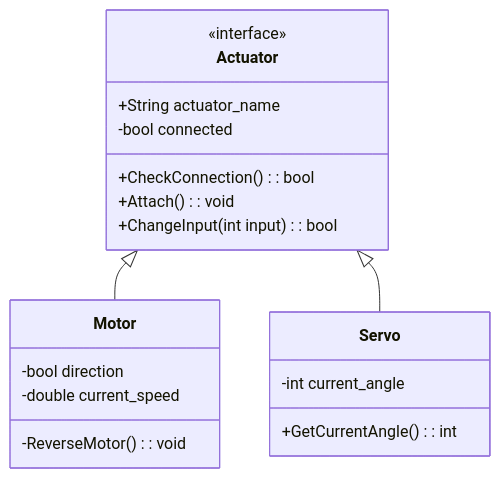
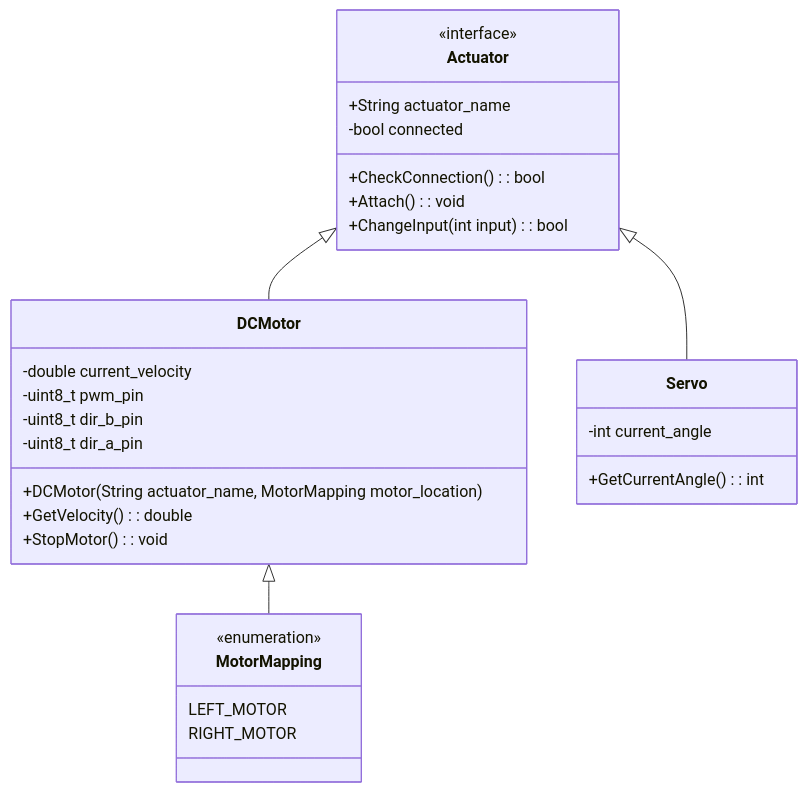
One commit to ubcuas/Airdrop-Software-2022 changed the second of 4 diagrams in docs/DESIGN.md. Above: the diagram before and after it, drawn with Mermaid. The commit also changed other lines of this file and 1 other file, not shown here.

````diff
--- a/docs/DESIGN.md
+++ b/docs/DESIGN.md
@@ -116,26 +114,37 @@
 ```mermaid
 classDiagram
 
 class Actuator {
  <<interface>>
  +String actuator_name
  -bool connected
  +CheckConnection(): bool
  +Attach(): void
  +ChangeInput(int input): bool
 }
 
 
-Actuator <|-- Motor
-class Motor {
-  -bool direction
-  -double current_speed
-  -ReverseMotor(): void
+Actuator <|-- DCMotor
+class DCMotor {
+  -double current_velocity
+  -uint8_t pwm_pin
+  -uint8_t dir_b_pin
+  -uint8_t dir_a_pin
+  +DCMotor(String actuator_name, MotorMapping motor_location)
+  +GetVelocity() : double
+  +StopMotor() : void
 }
+DCMotor <|-- MotorMapping
+class MotorMapping{
+  <<enumeration>>
+  LEFT_MOTOR
+  RIGHT_MOTOR
+}
+
 
 Actuator <|-- Servo
 class Servo {
   -int current_angle
   +GetCurrentAngle(): int
 }
 ```
````
